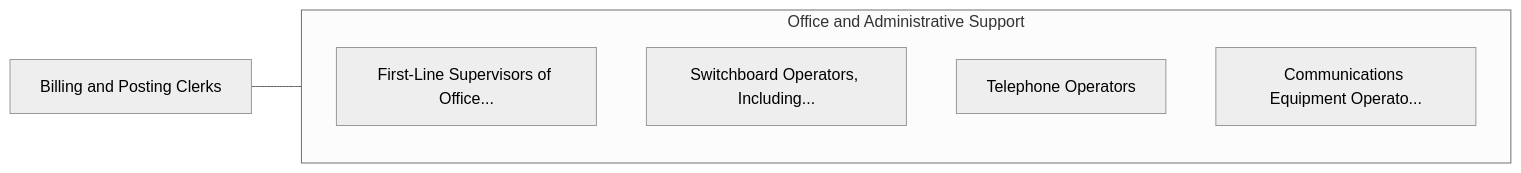
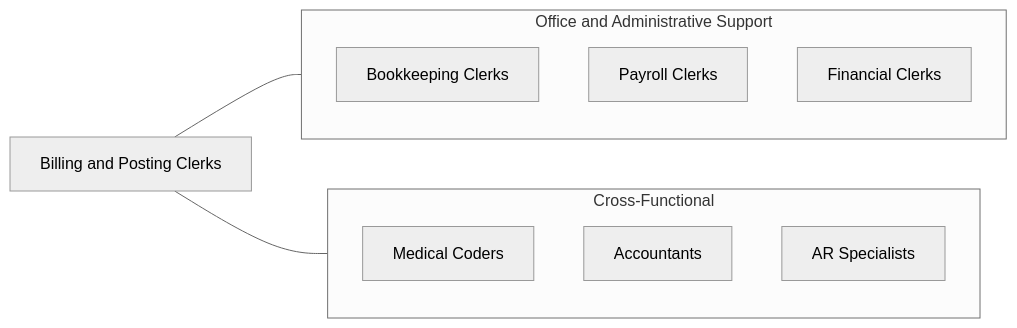
One commit to kziemski/business.org.ai changed the fourth of 4 diagrams in occupations/Administrative/BillingAndPostingClerks.mdx. Above: the diagram before and after it, drawn with Mermaid (neutral theme). The commit also changed other lines of this file and 938 other files, not shown here.

````diff
--- a/occupations/Administrative/BillingAndPostingClerks.mdx
+++ b/occupations/Administrative/BillingAndPostingClerks.mdx
@@ -111,13 +161,19 @@
 ```mermaid
 graph LR
     Current["Billing and Posting Clerks"]
 
     subgraph SameCategory["Office and Administrative Support"]
-        FirstLineSupervisors["First-Line Supervisors of Office..."]
-        SwitchboardOperators["Switchboard Operators, Including..."]
-        TelephoneOperators["Telephone Operators"]
-        CommunicationsEquipm["Communications Equipment Operato..."]
+        Bookkeeping["Bookkeeping Clerks"]
+        Payroll["Payroll Clerks"]
+        FinClerks["Financial Clerks"]
+    end
+
+    subgraph CrossFunctional["Cross-Functional"]
+        MedCoders["Medical Coders"]
+        Accountants["Accountants"]
+        ARSpecialists["AR Specialists"]
     end
 
     Current --- SameCategory
+    Current --- CrossFunctional
 ```
````
